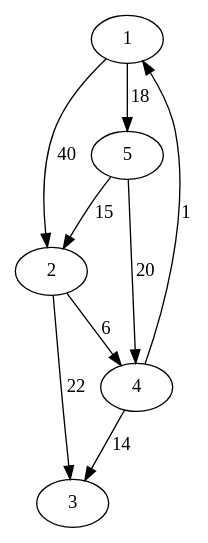
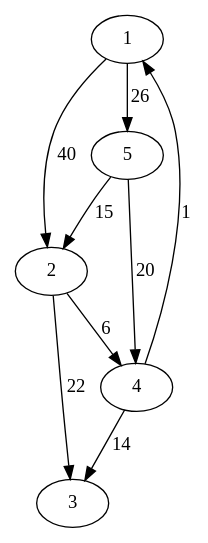
One commit to AlexanderSenchenko/Coursework_TRPO changed the diagram in example1.gv. Above: the diagram before and after it, drawn with Graphviz. The commit also changed 4 other files, not shown here.

```diff
--- a/example1.gv
+++ b/example1.gv
@@ -1,13 +1,10 @@
 digraph HelloWorld {
 	"1" -> "2"[label="40"];
-	"1" -> "5"[label="18"];
+	"1" -> "5"[label="26"];
 	"2" -> "3"[label="22"];
 	"2" -> "4"[label="6"];
-	//"2" -> "5"[label="15"];//1
-	"5" -> "2"[label="15"];//1
-	//"3" -> "4"[label="14"];//3
-	"4" -> "3"[label="14"]//3
-	"5" -> "4"[label="20"];//2
-	//"4" -> "5"[label="20"];//2
+	"5" -> "2"[label="15"];
+	"4" -> "3"[label="14"];
+	"5" -> "4"[label="20"];
 	"4" -> "1"[label="1"];
 }
```
